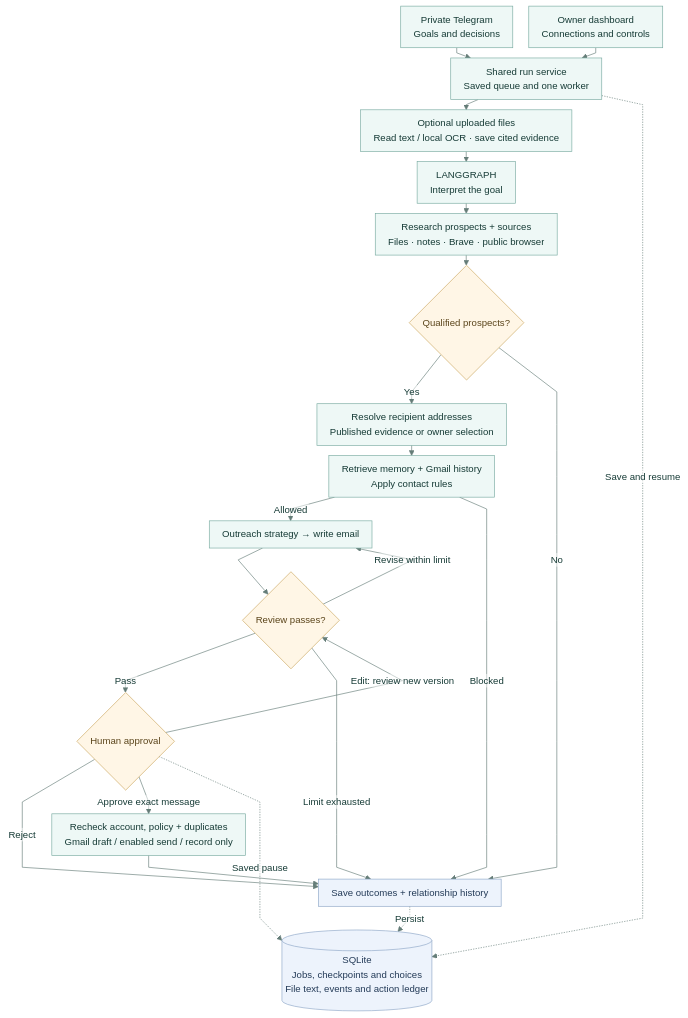
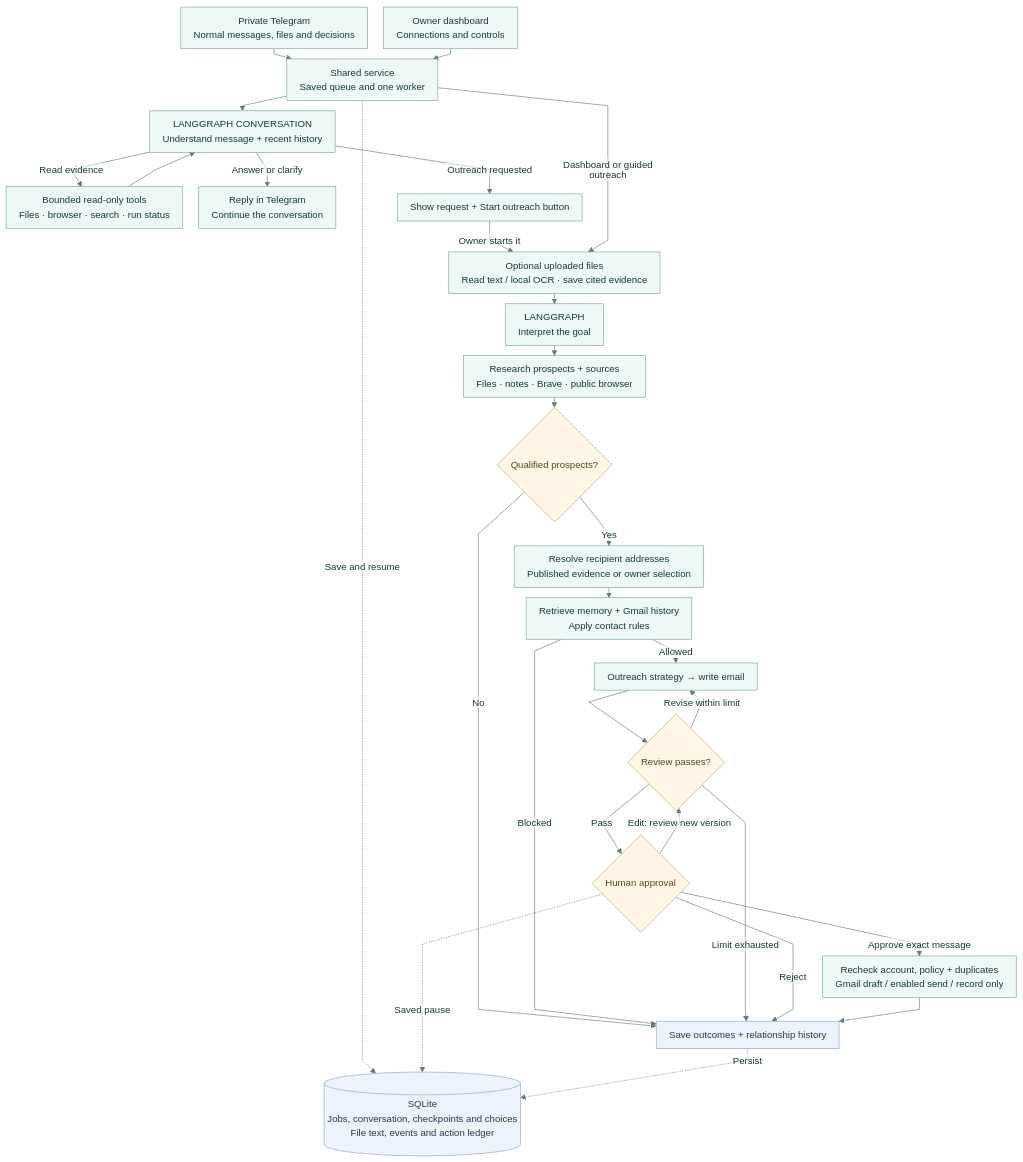
One commit to rutujashingate/outreach-agent changed the diagram in docs/assets/workflow.mmd. Above: the diagram before and after it, drawn with Mermaid. The commit also changed 20 other files, not shown here.

Commit message:
Add natural Telegram conversations with bounded research tools

```diff
--- a/docs/assets/workflow.mmd
+++ b/docs/assets/workflow.mmd
@@ -1,50 +1,56 @@
 ---
 config:
   theme: base
   fontFamily: Arial
   themeCSS: 'text, tspan { font-family: Arial, Helvetica, sans-serif !important; }'
   themeVariables:
     fontSize: 15px
     primaryColor: '#eef8f6'
     primaryBorderColor: '#78aaa0'
     primaryTextColor: '#163b36'
     lineColor: '#657d78'
     edgeLabelBackground: '#ffffff'
   flowchart:
     htmlLabels: false
     curve: linear
     nodeSpacing: 25
     rankSpacing: 16
     padding: 10
     wrappingWidth: 380
 ---
 flowchart TD
-    accTitle: One outreach workflow shared by Telegram and the dashboard
-    accDescr: A goal and optional files enter through private Telegram or the owner dashboard. Local extraction reads document text and OCR before file evidence guides interpretation and research. Both use a durable job queue and one worker running LangGraph. The workflow interprets the goal, researches evidence with Brave and a public browser, qualifies prospects, resolves recipient addresses, checks memory and contact policy, creates a strategy, writes and reviews email, pauses for human approval, and records an approved Gmail action. Edits return to review; blocked or rejected work ends with a saved outcome. SQLite holds progress, decisions, and events for both interfaces.
-    telegram["Private Telegram<br/>Goals and decisions"] --> service["Shared run service<br/>Saved queue and one worker"]
+    accTitle: Natural Telegram conversation and one shared outreach workflow
+    accDescr: Telegram messages enter a saved queue. A LangGraph conversation loop remembers recent exchanges, reads files or public websites, searches when configured, and answers. Outreach requests become a concrete proposal; after the owner starts it, the existing outreach graph researches, qualifies, checks contacts, writes, reviews, and pauses for exact-message approval. The dashboard and optional guided setup use the same outreach service. SQLite holds jobs, history, evidence, usage, checkpoints and approvals.
+    telegram["Private Telegram<br/>Normal messages, files and decisions"] --> service["Shared service<br/>Saved queue and one worker"]
     dashboard["Owner dashboard<br/>Connections and controls"] --> service
-    service --> files["Optional uploaded files<br/>Read text / local OCR · save cited evidence"]
+    service --> chat["LANGGRAPH CONVERSATION<br/>Understand message + recent history"]
+    chat -->|Read evidence| tools["Bounded read-only tools<br/>Files · browser · search · run status"]
+    tools --> chat
+    chat -->|Answer or clarify| answer["Reply in Telegram<br/>Continue the conversation"]
+    chat -->|Outreach requested| proposal["Show request + Start outreach button"]
+    proposal -->|Owner starts it| files["Optional uploaded files<br/>Read text / local OCR · save cited evidence"]
+    service -->|Dashboard or guided outreach| files
     files --> goal["LANGGRAPH<br/>Interpret the goal"]
     goal --> research["Research prospects + sources<br/>Files · notes · Brave · public browser"]
     research --> qualification{"Qualified prospects?"}
     qualification -->|Yes| recipients["Resolve recipient addresses<br/>Published evidence or owner selection"]
     qualification -->|No| outcome["Save outcomes + relationship history"]
     recipients --> memory["Retrieve memory + Gmail history<br/>Apply contact rules"]
     memory -->|Allowed| strategy["Outreach strategy → write email"]
     memory -->|Blocked| outcome
     strategy --> review{"Review passes?"}
     review -->|Pass| approval{"Human approval"}
     review -->|Revise within limit| strategy
     review -->|Limit exhausted| outcome
     approval -->|Edit: review new version| review
     approval -->|Reject| outcome
     approval -->|Approve exact message| action["Recheck account, policy + duplicates<br/>Gmail draft / enabled send / record only"]
     action --> outcome
-    store[("SQLite<br/>Jobs, checkpoints and choices<br/>File text, events and action ledger")]
+    store[("SQLite<br/>Jobs, conversation, checkpoints and choices<br/>File text, events and action ledger")]
     service -. Save and resume .-> store
     approval -. Saved pause .-> store
     outcome -. Persist .-> store
     classDef decision fill:#fff6e6,stroke:#caa65d,color:#5b451b;
     classDef storage fill:#edf3fc,stroke:#8da6c7,color:#243b58;
     class qualification,review,approval decision;
     class store,outcome storage;
```
